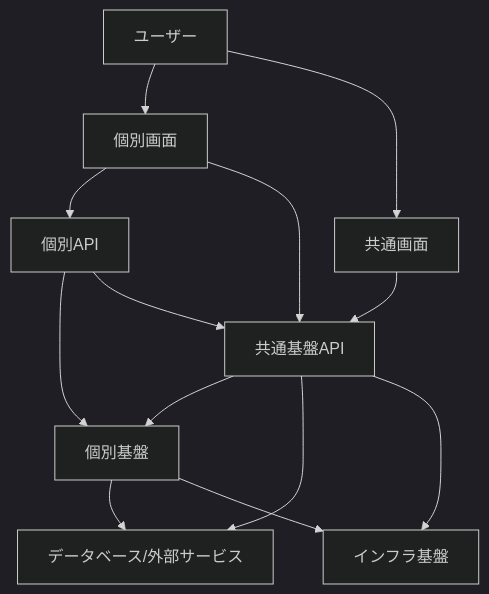
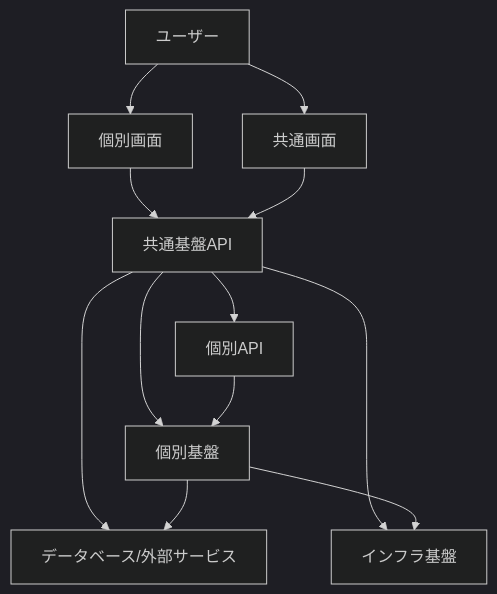
The first of 2 diagrams in docs/01_設計/01_アーキテクチャ.md (RyuheiKiso/KisoFramework), drawn with Mermaid (dark theme) before and after one commit. The commit also changed other lines of this file, not shown here.

First line of the commit message:
feat: アーキテクチャドキュメントのデータフローとシーケンス図を更新

````diff
--- a/docs/01_設計/01_アーキテクチャ.md
+++ b/docs/01_設計/01_アーキテクチャ.md
@@ -31,24 +31,23 @@
 ```mermaid
 graph TD
   User[ユーザー]
   IndividualUI[個別画面]
   CommonUI[共通画面]
+  CommonAPI[共通基盤API]
   IndividualAPI[個別API]
-  CommonAPI[共通基盤API]
   IndividualPlatform[個別基盤]
   DB[データベース/外部サービス]
   Infra[インフラ基盤]
 
   User --> IndividualUI
   User --> CommonUI
-  IndividualUI --> IndividualAPI
   IndividualUI --> CommonAPI
   CommonUI --> CommonAPI
-  IndividualAPI --> IndividualPlatform
-  IndividualAPI --> CommonAPI
-  CommonAPI --> IndividualPlatform
+  CommonAPI --> IndividualAPI
   CommonAPI --> DB
   CommonAPI --> Infra
+  CommonAPI --> IndividualPlatform
+  IndividualAPI --> IndividualPlatform
   IndividualPlatform --> DB
   IndividualPlatform --> Infra
 ```
````
